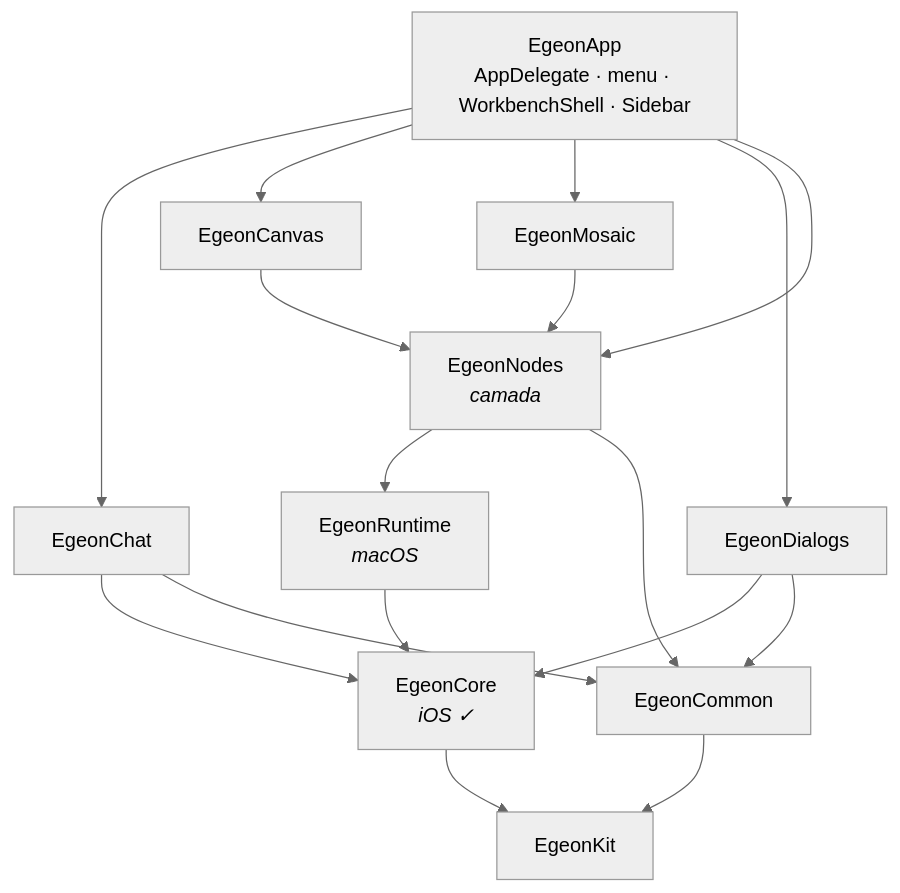
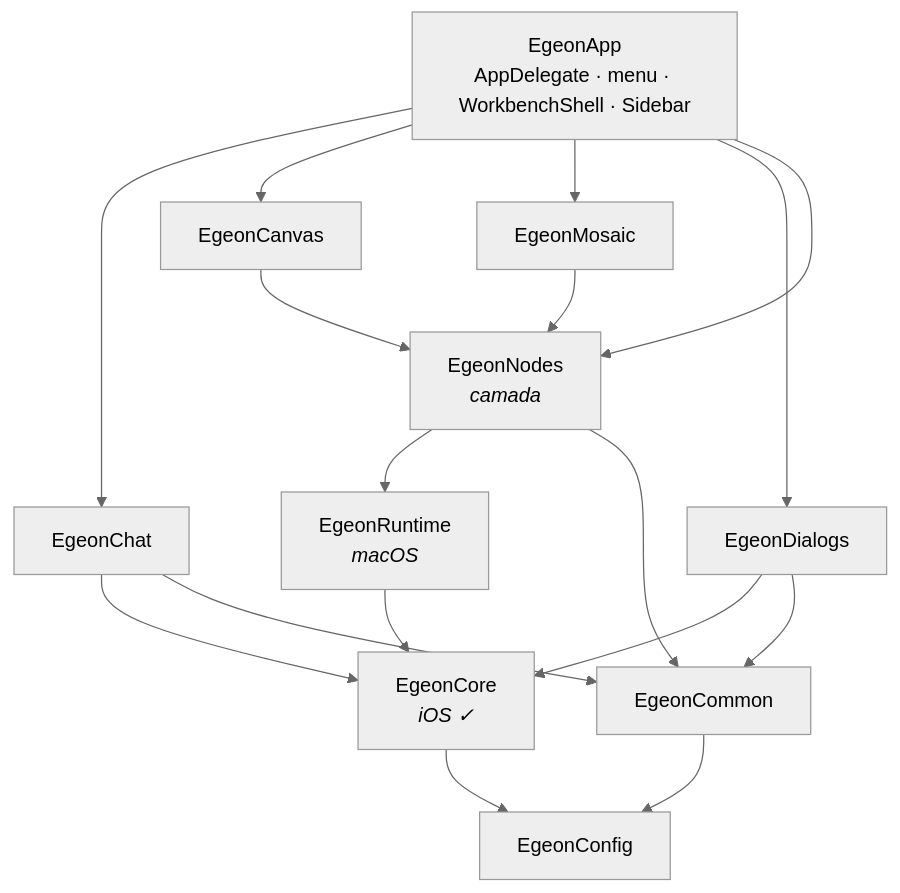
The diagram in docs/04-modulos.md (JulioRennan/egeon-deck), drawn with Mermaid (neutral theme) before and after one commit. The commit also changed other lines of this file and 1 other file, not shown here.

First line of the commit message:
docs: EgeonKit vira EgeonConfig, e Environment vai para o Runtime

````diff
--- a/docs/04-modulos.md
+++ b/docs/04-modulos.md
@@ -129,30 +129,30 @@
 ```mermaid
 flowchart TB
     app["EgeonApp<br/>AppDelegate · menu · WorkbenchShell · Sidebar"]
     chat["EgeonChat"]
     canvas["EgeonCanvas"]
     mosaic["EgeonMosaic"]
     dialogs["EgeonDialogs"]
     nodes["EgeonNodes<br/><i>camada</i>"]
     runtime["EgeonRuntime<br/><i>macOS</i>"]
     core["EgeonCore<br/><i>iOS ✓</i>"]
     common["EgeonCommon"]
-    kit["EgeonKit"]
+    cfg["EgeonConfig"]
 
     app --> chat
     app --> canvas
     app --> mosaic
     app --> dialogs
     app --> nodes
     canvas --> nodes
     mosaic --> nodes
     nodes --> runtime
     nodes --> common
     chat --> core
     chat --> common
     dialogs --> core
     dialogs --> common
     runtime --> core
-    core --> kit
-    common --> kit
+    core --> cfg
+    common --> cfg
 ```
````
